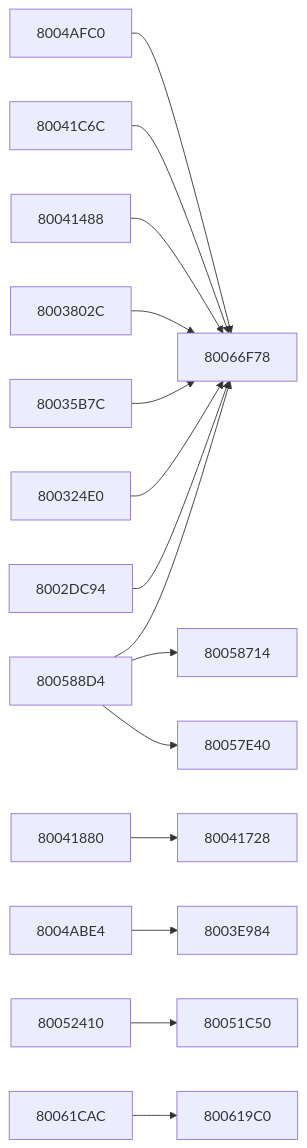
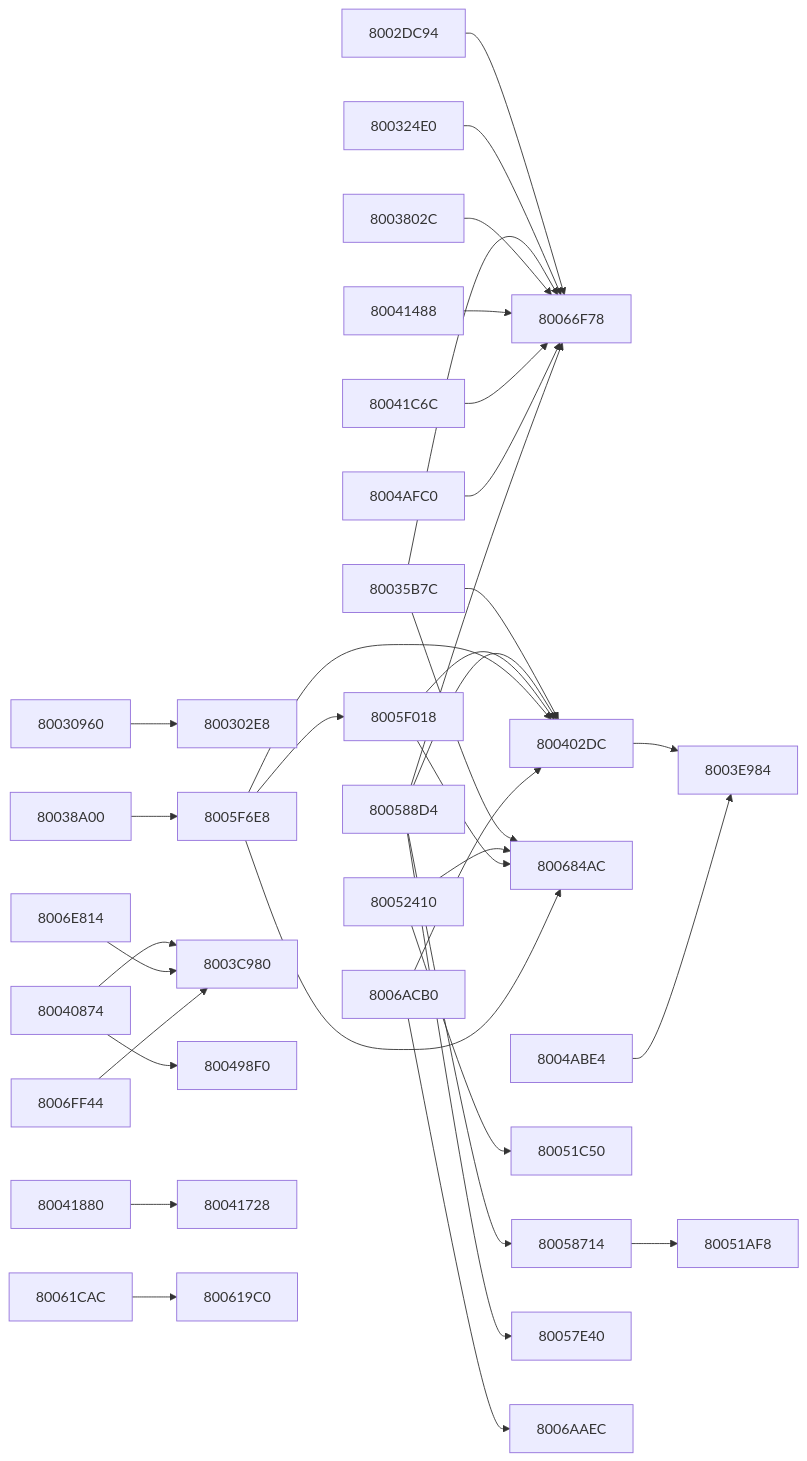
Before and after one commit to kai-luni/Future-Cop-L.A.P.D-PS1: the eighth of 11 diagrams in docs/FUNCTION_MAP.md, drawn with Mermaid. The commit also changed other lines of this file, not shown here.

````diff
--- a/docs/FUNCTION_MAP.md
+++ b/docs/FUNCTION_MAP.md
@@ -873,36 +1040,70 @@
 ```mermaid
 graph LR
     f8002dc94 --> f80066f78
+    f80030960 --> f800302e8
     f800324e0 --> f80066f78
+    f80035b7c --> f800402dc
     f80035b7c --> f80066f78
+    f80035b7c --> f800684ac
     f8003802c --> f80066f78
+    f80038a00 --> f8005f6e8
+    f800402dc --> f8003e984
+    f80040874 --> f8003c980
+    f80040874 --> f800498f0
     f80041488 --> f80066f78
     f80041880 --> f80041728
     f80041c6c --> f80066f78
     f8004abe4 --> f8003e984
     f8004afc0 --> f80066f78
     f80052410 --> f80051c50
+    f80052410 --> f800684ac
+    f80058714 --> f80051af8
+    f800588d4 --> f800402dc
     f800588d4 --> f80057e40
     f800588d4 --> f80058714
     f800588d4 --> f80066f78
+    f8005f018 --> f800402dc
+    f8005f018 --> f800684ac
+    f8005f6e8 --> f800402dc
+    f8005f6e8 --> f8005f018
+    f8005f6e8 --> f800684ac
     f80061cac --> f800619c0
+    f8006acb0 --> f800402dc
+    f8006acb0 --> f8006aaec
+    f8006e814 --> f8003c980
+    f8006ff44 --> f8003c980
     f8002dc94["8002DC94"]
+    f800302e8["800302E8"]
+    f80030960["80030960"]
     f800324e0["800324E0"]
     f80035b7c["80035B7C"]
     f8003802c["8003802C"]
+    f80038a00["80038A00"]
+    f8003c980["8003C980"]
     f8003e984["8003E984"]
+    f800402dc["800402DC"]
+    f80040874["80040874"]
     f80041488["80041488"]
     f80041728["80041728"]
     f80041880["80041880"]
     f80041c6c["80041C6C"]
+    f800498f0["800498F0"]
     f8004abe4["8004ABE4"]
     f8004afc0["8004AFC0"]
+    f80051af8["80051AF8"]
     f80051c50["80051C50"]
     f80052410["80052410"]
     f80057e40["80057E40"]
     f80058714["80058714"]
     f800588d4["800588D4"]
+    f8005f018["8005F018"]
+    f8005f6e8["8005F6E8"]
     f800619c0["800619C0"]
     f80061cac["80061CAC"]
     f80066f78["80066F78"]
+    f800684ac["800684AC"]
+    f8006aaec["8006AAEC"]
+    f8006acb0["8006ACB0"]
+    f8006e814["8006E814"]
+    f8006ff44["8006FF44"]
 ```
````
